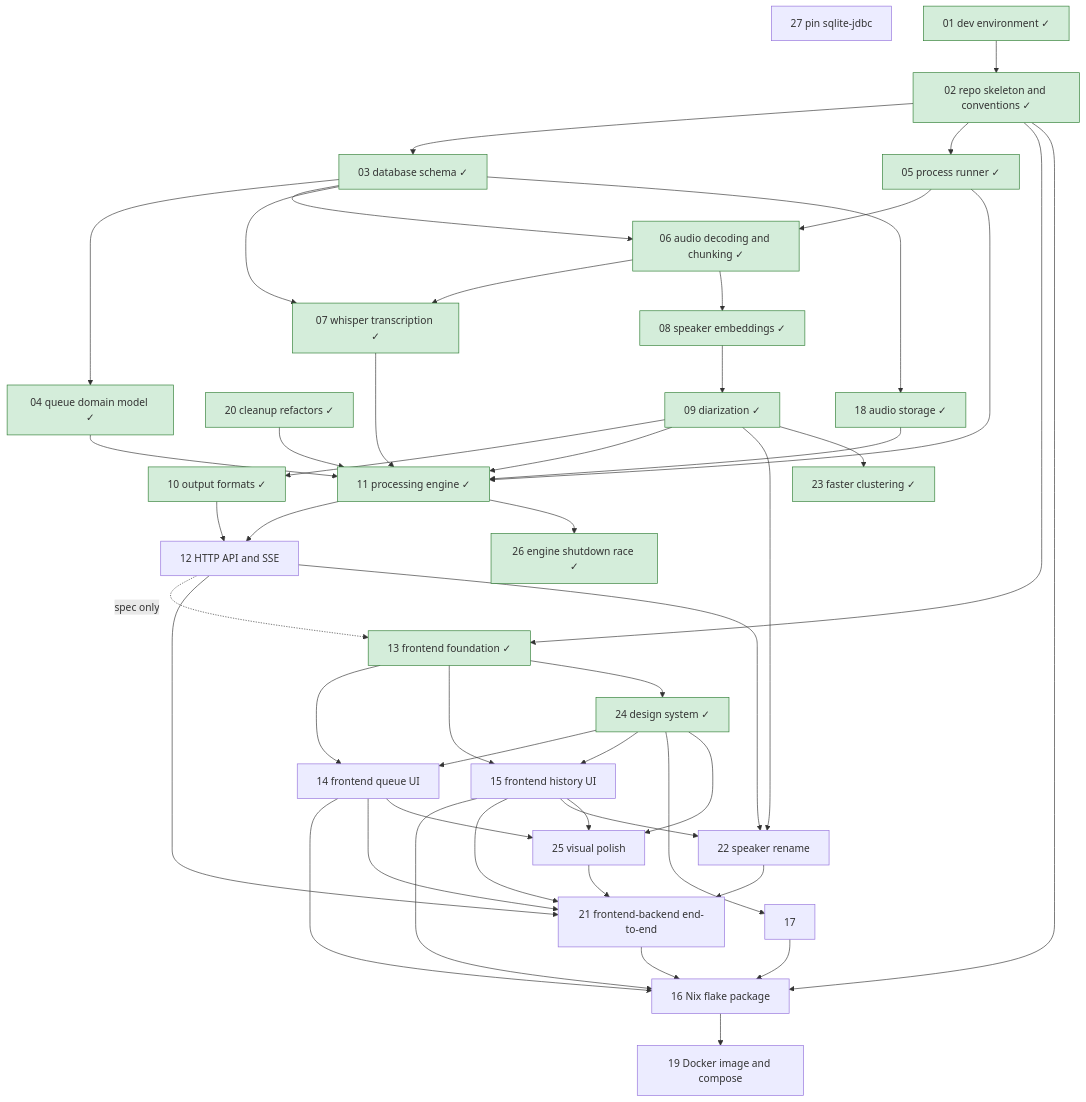
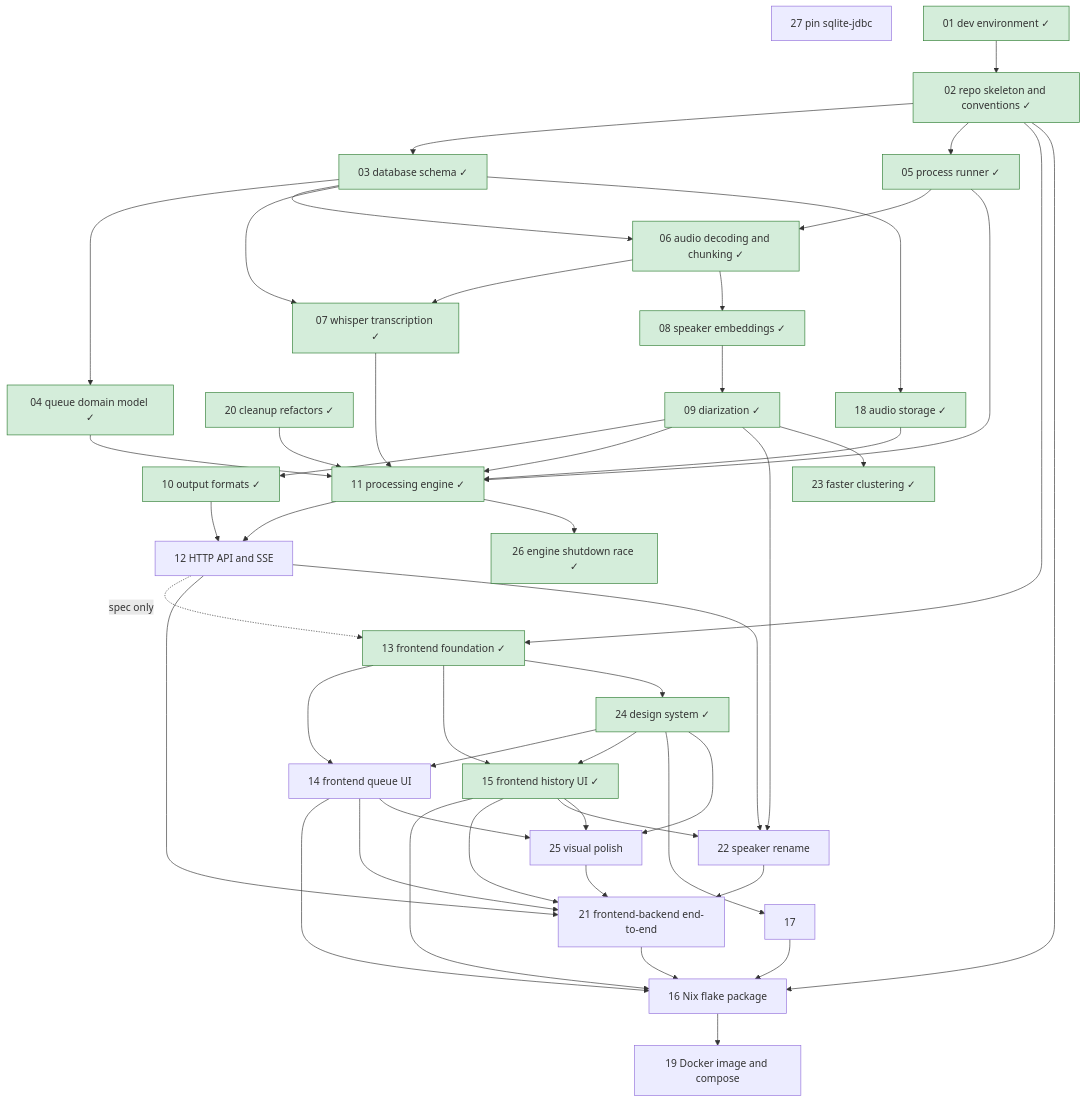
The diagram in roadmap/README.md (lulu-berlin/speech-to-text-app), drawn with Mermaid before and after one commit. The commit also changed other lines of this file and 5 other files, not shown here.

Commit message:
Complete roadmap item 15: move spec to docs/specs/frontend-history-ui.md; defer playback acceptance to item 21

````diff
--- a/roadmap/README.md
+++ b/roadmap/README.md
@@ -17,53 +17,53 @@
 ```mermaid
 graph TD
   01[01 dev environment ✓]:::done --> 02[02 repo skeleton and conventions ✓]:::done
   02 --> 03[03 database schema ✓]:::done
   03 --> 04[04 queue domain model ✓]:::done
   02 --> 05[05 process runner ✓]:::done
   05 --> 06[06 audio decoding and chunking ✓]:::done
   03 --> 06
   06 --> 07[07 whisper transcription ✓]:::done
   03 --> 07
   06 --> 08[08 speaker embeddings ✓]:::done
   08 --> 09[09 diarization ✓]:::done
   09 --> 10[10 output formats ✓]:::done
   04 --> 11[11 processing engine ✓]:::done
   05 --> 11
   07 --> 11
   09 --> 11
   03 --> 18[18 audio storage ✓]:::done
   18 --> 11
   20 --> 11
   11 --> 12[12 HTTP API and SSE]
   10 --> 12
   02 --> 13[13 frontend foundation ✓]:::done
   12 -. spec only .-> 13
   13 --> 14[14 frontend queue UI]
-  13 --> 15[15 frontend history UI]
+  13 --> 15[15 frontend history UI ✓]:::done
   02 --> 16[16 Nix flake package]
   14 --> 16
   15 --> 16
   17 --> 16
   20[20 cleanup refactors ✓]:::done
   12 --> 21[21 frontend-backend end-to-end]
   14 --> 21
   15 --> 21
   22 --> 21
   25 --> 21
   16 --> 19[19 Docker image and compose]
   21 --> 16
   09 --> 22[22 speaker rename]
   12 --> 22
   15 --> 22
   09 --> 23[23 faster clustering ✓]:::done
   13 --> 24[24 design system ✓]:::done
   24 --> 14
   24 --> 15
   24 --> 17
   24 --> 25[25 visual polish]
   14 --> 25
   15 --> 25
   11 --> 26[26 engine shutdown race ✓]:::done
   27[27 pin sqlite-jdbc]
   classDef done fill:#d4edda,stroke:#2e7d32
 ```
````
